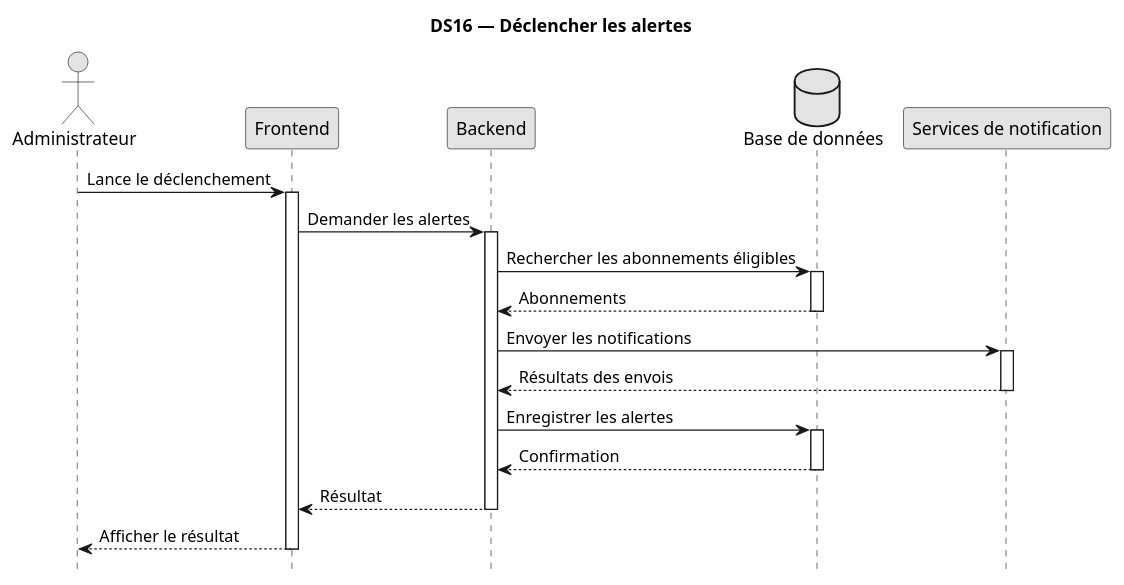
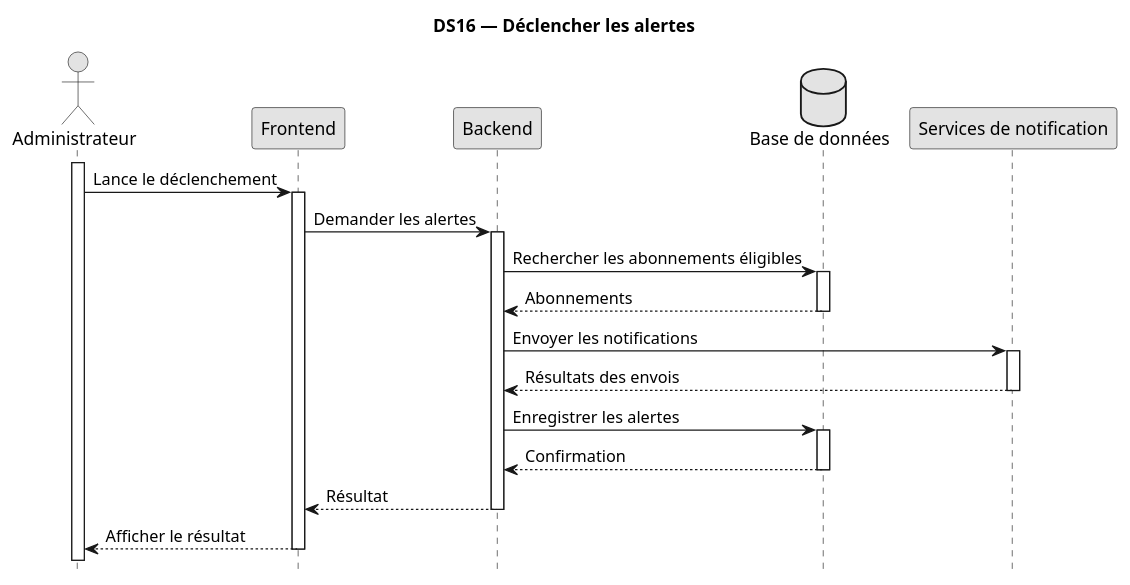
Before and after one commit to TkAbeleon/NoteAcemiqueProjetSoutenanceL3: the diagram in UML_JeryMotro/DS16_Declencher_alertes.plantuml, drawn with PlantUML. The commit also changed 15 other files, not shown here.

```diff
--- a/UML_JeryMotro/DS16_Declencher_alertes.plantuml
+++ b/UML_JeryMotro/DS16_Declencher_alertes.plantuml
@@ -1,35 +1,36 @@
 @startuml
 skinparam monochrome true
 
 title DS16 — Déclencher les alertes
 hide footbox
 skinparam shadowing false
 
 actor "Administrateur" as A
 participant "Frontend" as F
 participant "Backend" as B
 database "Base de données" as DB
 participant "Services de notification" as N
 
+activate A
 A -> F : Lance le déclenchement
 activate F
 F -> B : Demander les alertes
 activate B
 B -> DB : Rechercher les abonnements éligibles
 activate DB
 DB --> B : Abonnements
 deactivate DB
 B -> N : Envoyer les notifications
 activate N
 N --> B : Résultats des envois
 deactivate N
 B -> DB : Enregistrer les alertes
 activate DB
 DB --> B : Confirmation
 deactivate DB
 B --> F : Résultat
 deactivate B
 F --> A : Afficher le résultat
 deactivate F
 
 @enduml
```
